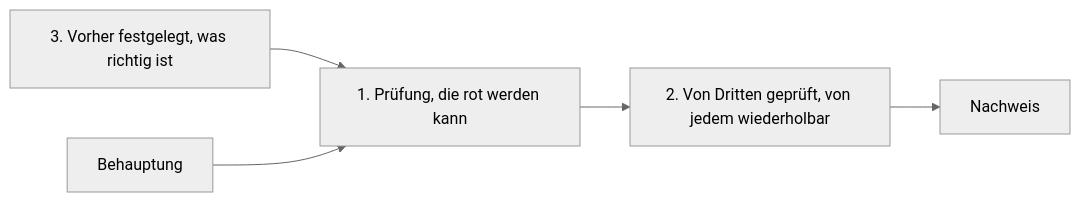
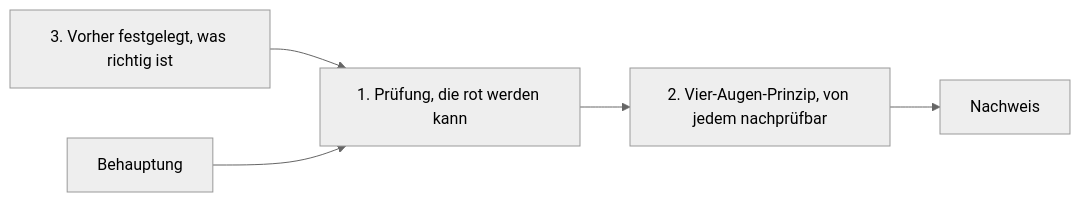
Before and after one commit to pulseengine/pulseengine.eu: the second of 2 diagrams in content/blog/2026-11-20-code-got-cheap-trust-didnt.md, drawn with Mermaid (neutral theme). The commit also changed other lines of this file, not shown here.

```diff
--- a/content/blog/2026-11-20-code-got-cheap-trust-didnt.md
+++ b/content/blog/2026-11-20-code-got-cheap-trust-didnt.md
@@ -87,7 +87,7 @@
 <pre class="mermaid">
 flowchart LR
     D["3. Vorher festgelegt, was richtig ist"] --> B
     A["Behauptung"] --> B["1. Prüfung, die rot werden kann"]
-    B --> C["2. Von Dritten geprüft, von jedem wiederholbar"]
+    B --> C["2. Vier-Augen-Prinzip, von jedem nachprüfbar"]
     C --> E["Nachweis"]
 </pre>
```
